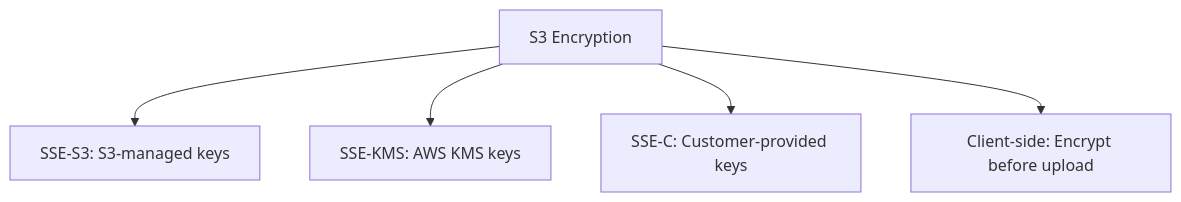
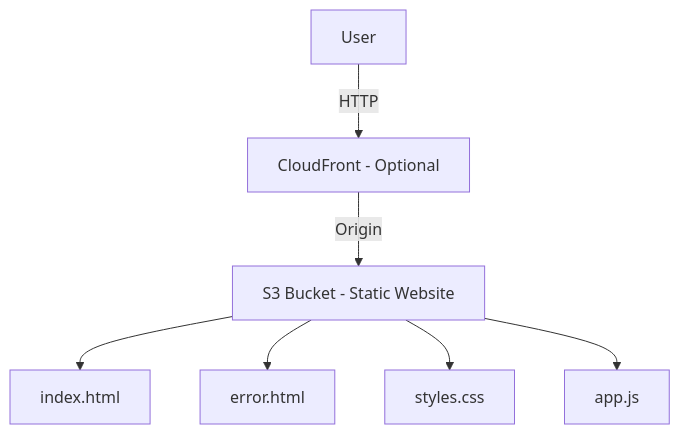
One commit to vanos001/placement_prep changed diagram 13 of 13 in src/cloud/aws/s3.md. Above: the diagram before and after it, drawn with Mermaid. The commit also changed other lines of this file, not shown here.

````diff
--- a/src/cloud/aws/s3.md
+++ b/src/cloud/aws/s3.md
@@ -193,7 +299,9 @@
 ```mermaid
-graph TD
-    ENCRYPTION[S3 Encryption] --> SSE_S3[SSE-S3: S3-managed keys]
-    ENCRYPTION --> SSE_KMS[SSE-KMS: AWS KMS keys]
-    ENCRYPTION --> SSE_C[SSE-C: Customer-provided keys]
-    ENCRYPTION --> CSE[Client-side: Encrypt before upload]
+graph TB
+    USER[User] --> |HTTP| CF[CloudFront - Optional]
+    CF --> |Origin| S3WEB[S3 Bucket - Static Website]
+    S3WEB --> HTML[index.html]
+    S3WEB --> ERR[error.html]
+    S3WEB --> CSS[styles.css]
+    S3WEB --> JS[app.js]
 ```
````
